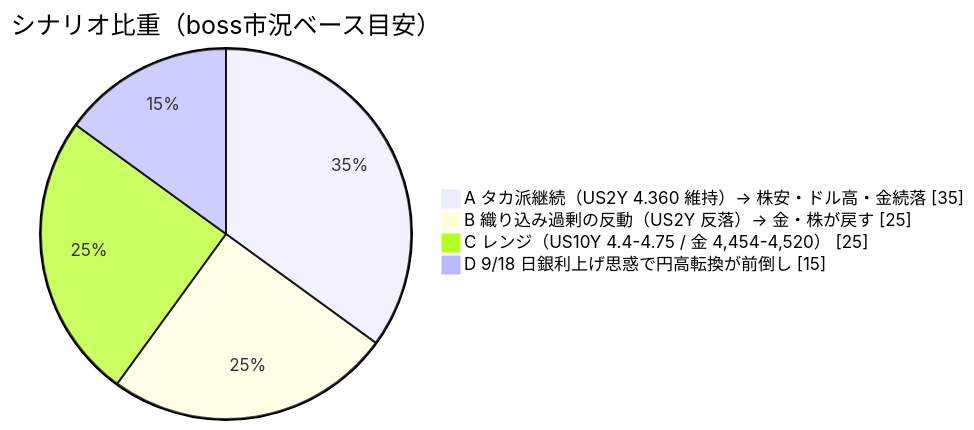
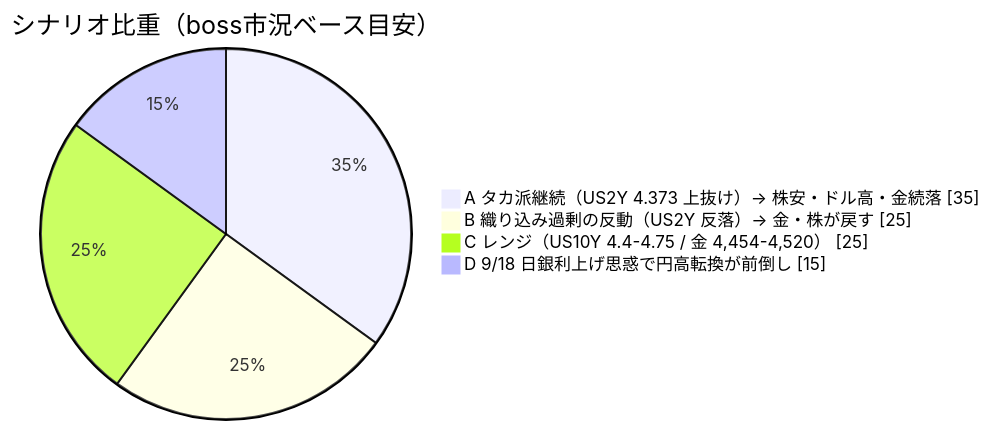
The first of 2 diagrams in logs/weekly/2026/2026-8-28_wk04/CFD戦略-2026-8-31.md (Minato33440/Trade_Brain), drawn with Mermaid before and after one commit. The commit also changed other lines of this file and 9 other files, not shown here.

````diff
--- a/logs/weekly/2026/2026-8-28_wk04/CFD戦略-2026-8-31.md
+++ b/logs/weekly/2026/2026-8-28_wk04/CFD戦略-2026-8-31.md
@@ -58,8 +58,8 @@
 ```mermaid
 pie showData
     title シナリオ比重（boss市況ベース目安）
-    "A タカ派継続（US2Y 4.360 維持）→ 株安・ドル高・金続落" : 35
+    "A タカ派継続（US2Y 4.373 上抜け）→ 株安・ドル高・金続落" : 35
     "B 織り込み過剰の反動（US2Y 反落）→ 金・株が戻す" : 25
     "C レンジ（US10Y 4.4-4.75 / 金 4,454-4,520）" : 25
     "D 9/18 日銀利上げ思惑で円高転換が前倒し" : 15
 ```
````
